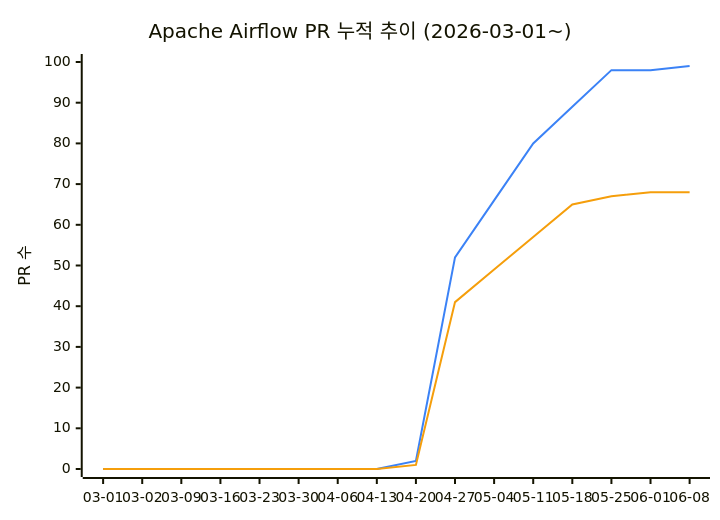
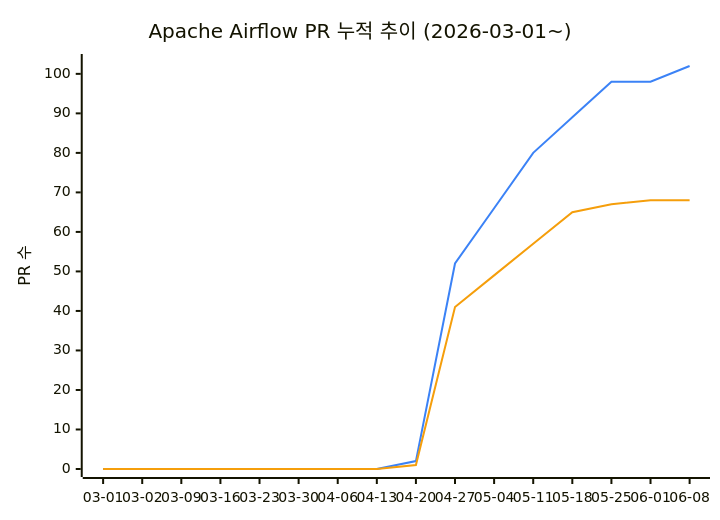
One commit to AirflowKorea/ossca changed the diagram in README.md. Above: the diagram before and after it, drawn with Mermaid. The commit also changed other lines of this file, not shown here.

````diff
--- a/README.md
+++ b/README.md
@@ -11,9 +11,9 @@
 ```mermaid
 %%{init: {"themeVariables": {"xyChart": {"plotColorPalette": "#3b82f6, #f59e0b"}}}}%%
 xychart-beta
     title "Apache Airflow PR 누적 추이 (2026-03-01~)"
     x-axis ["03-01", "03-02", "03-09", "03-16", "03-23", "03-30", "04-06", "04-13", "04-20", "04-27", "05-04", "05-11", "05-18", "05-25", "06-01", "06-08"]
-    y-axis "PR 수" 0 --> 100
-    line [0, 0, 0, 0, 0, 0, 0, 0, 2, 52, 66, 80, 89, 98, 98, 99]
+    y-axis "PR 수" 0 --> 103
+    line [0, 0, 0, 0, 0, 0, 0, 0, 2, 52, 66, 80, 89, 98, 98, 102]
     line [0, 0, 0, 0, 0, 0, 0, 0, 1, 41, 49, 57, 65, 67, 68, 68]
 ```
````
